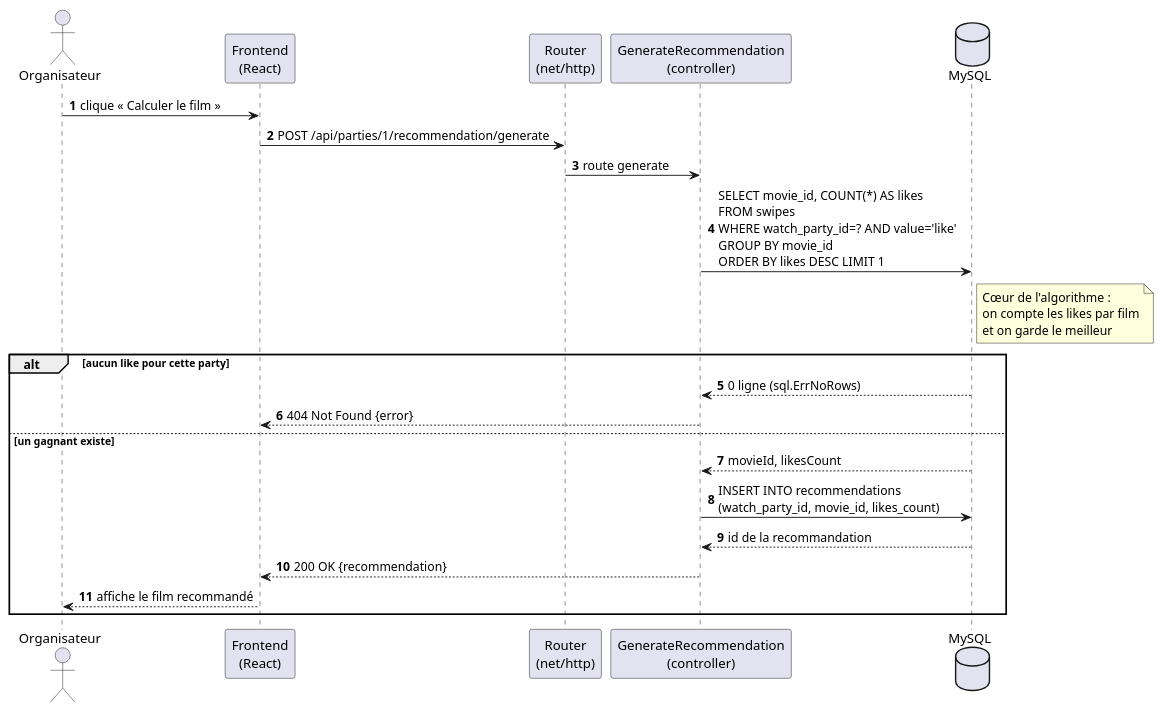
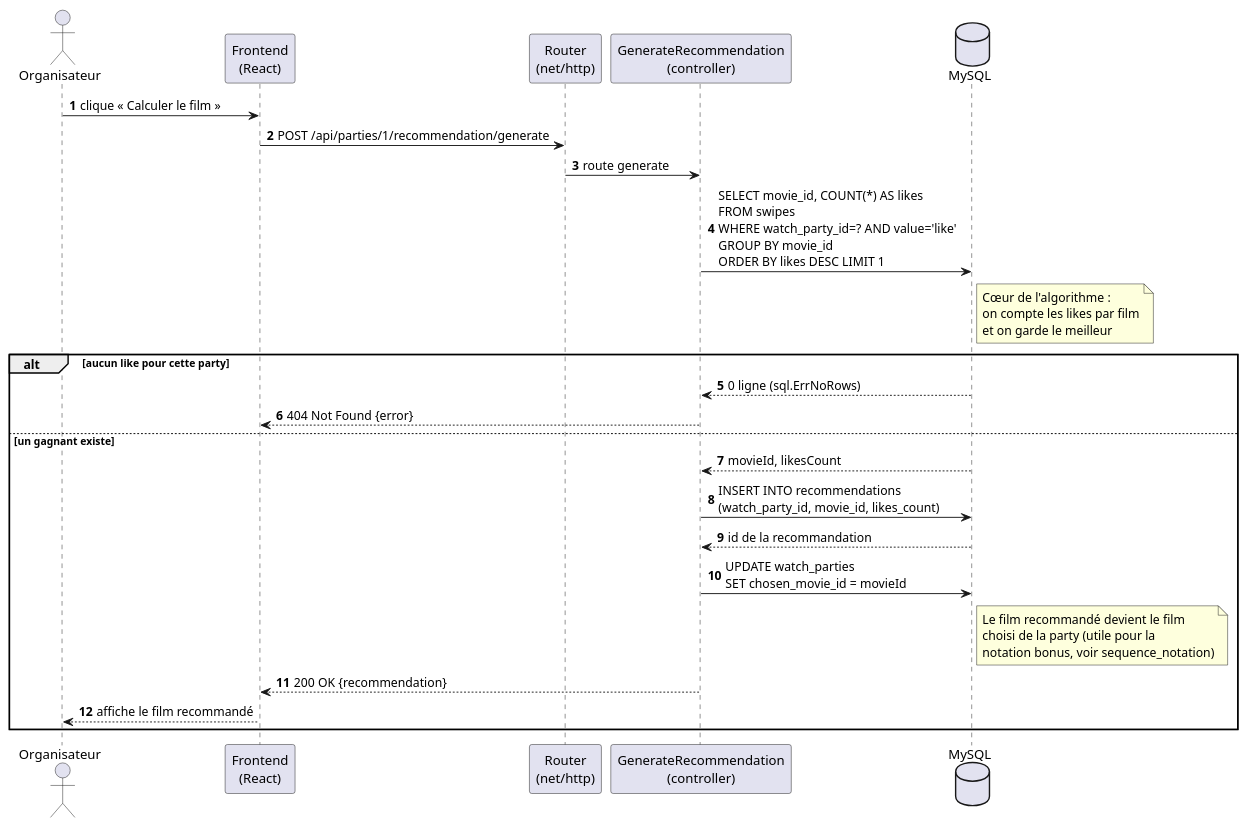
Before and after one commit to fatymut/watchparty: the diagram in docs/uml/sequence_recommendation.puml, drawn with PlantUML. The commit also changed 22 other files, not shown here.

First line of the commit message:
Backend : recommandation restaurée, notation bonus, CRUD complet, JWT et UML associé

```diff
--- a/docs/uml/sequence_recommendation.puml
+++ b/docs/uml/sequence_recommendation.puml
@@ -1,36 +1,42 @@
 @startuml WatchParty - Séquence : Générer la recommandation
 ' Scénario : calcul du film le plus liké d'une watch party
 ' Endpoint : POST /api/parties/{id}/recommendation/generate
 
 skinparam shadowing false
 autonumber
 
 actor "Organisateur" as User
 participant "Frontend\n(React)" as Front
 participant "Router\n(net/http)" as Router
 participant "GenerateRecommendation\n(controller)" as Ctrl
 database "MySQL" as DB
 
 User -> Front : clique « Calculer le film »
 Front -> Router : POST /api/parties/1/recommendation/generate
 Router -> Ctrl : route generate
 
 Ctrl -> DB : SELECT movie_id, COUNT(*) AS likes\nFROM swipes\nWHERE watch_party_id=? AND value='like'\nGROUP BY movie_id\nORDER BY likes DESC LIMIT 1
 note right of DB
   Cœur de l'algorithme :
   on compte les likes par film
   et on garde le meilleur
 end note
 
 alt aucun like pour cette party
   DB --> Ctrl : 0 ligne (sql.ErrNoRows)
   Ctrl --> Front : 404 Not Found {error}
 else un gagnant existe
   DB --> Ctrl : movieId, likesCount
   Ctrl -> DB : INSERT INTO recommendations\n(watch_party_id, movie_id, likes_count)
   DB --> Ctrl : id de la recommandation
+  Ctrl -> DB : UPDATE watch_parties\nSET chosen_movie_id = movieId
+  note right of DB
+    Le film recommandé devient le film
+    choisi de la party (utile pour la
+    notation bonus, voir sequence_notation)
+  end note
   Ctrl --> Front : 200 OK {recommendation}
   Front --> User : affiche le film recommandé
 end
 
 @enduml
```
